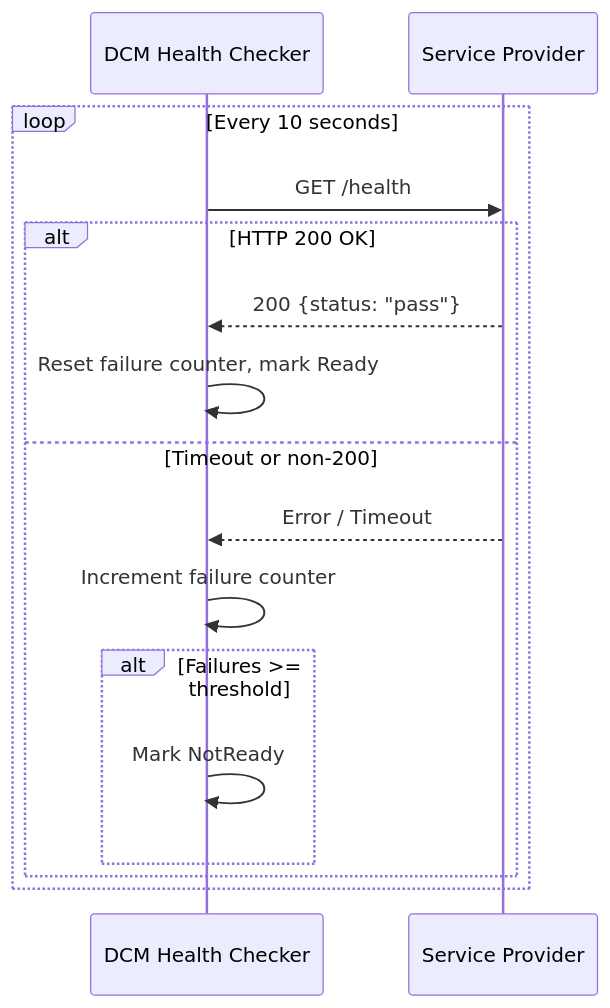
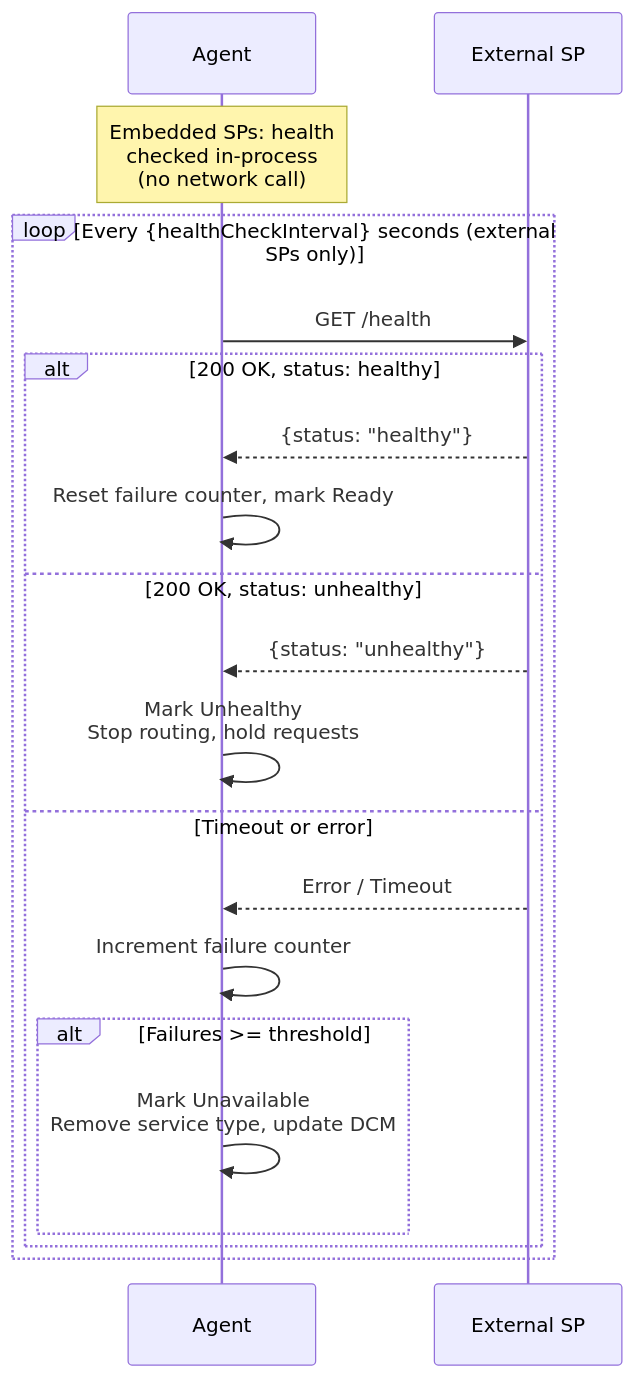
Before and after one commit to dcm-project/enhancements: the tenth of 23 diagrams in enhancements/user-flows/user-flows.md, drawn with Mermaid. The commit also changed other lines of this file and 9 other files, not shown here.

````diff
--- a/enhancements/user-flows/user-flows.md
+++ b/enhancements/user-flows/user-flows.md
@@ -537,19 +667,24 @@
 ```mermaid
 sequenceDiagram
-    participant DCM as DCM Health Checker
-    participant SP as Service Provider
+    participant AG as Agent
+    participant SP as External SP
 
-    loop Every 10 seconds
-        DCM->>SP: GET /health
-        alt HTTP 200 OK
-            SP-->>DCM: 200 {status: "pass"}
-            DCM->>DCM: Reset failure counter, mark Ready
-        else Timeout or non-200
-            SP-->>DCM: Error / Timeout
-            DCM->>DCM: Increment failure counter
+    Note over AG: Embedded SPs: health<br/>checked in-process<br/>(no network call)
+
+    loop Every {healthCheckInterval} seconds (external SPs only)
+        AG->>SP: GET /health
+        alt 200 OK, status: healthy
+            SP-->>AG: {status: "healthy"}
+            AG->>AG: Reset failure counter, mark Ready
+        else 200 OK, status: unhealthy
+            SP-->>AG: {status: "unhealthy"}
+            AG->>AG: Mark Unhealthy<br/>Stop routing, hold requests
+        else Timeout or error
+            SP-->>AG: Error / Timeout
+            AG->>AG: Increment failure counter
             alt Failures >= threshold
-                DCM->>DCM: Mark NotReady
+                AG->>AG: Mark Unavailable<br/>Remove service type, update DCM
             end
         end
     end
 ```
````
